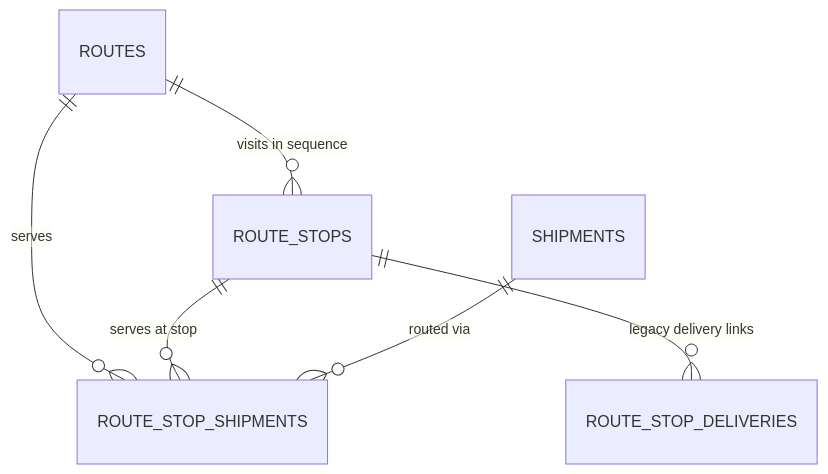
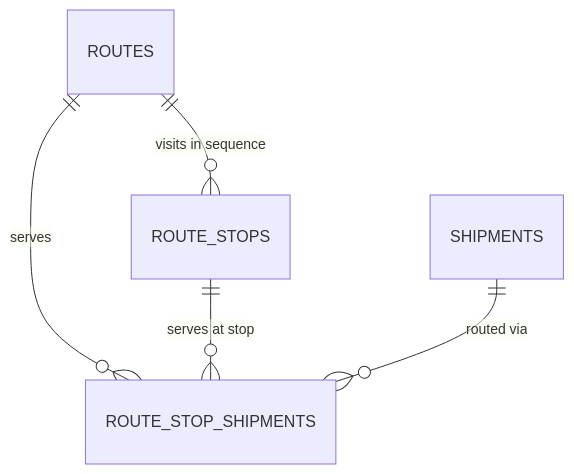
The diagram in docs/modules/shipment-route/route-prd-trd-v1.md (dash-electric/logistic-knowledge-vault), drawn with Mermaid before and after one commit. The commit also changed other lines of this file and 3 other files, not shown here.

````diff
--- a/docs/modules/shipment-route/route-prd-trd-v1.md
+++ b/docs/modules/shipment-route/route-prd-trd-v1.md
@@ -280,8 +275,7 @@
 ```mermaid
 erDiagram
     ROUTES ||--o{ ROUTE_STOPS : "visits in sequence"
     ROUTES ||--o{ ROUTE_STOP_SHIPMENTS : serves
     ROUTE_STOPS ||--o{ ROUTE_STOP_SHIPMENTS : "serves at stop"
     SHIPMENTS ||--o{ ROUTE_STOP_SHIPMENTS : "routed via"
-    ROUTE_STOPS ||--o{ ROUTE_STOP_DELIVERIES : "legacy delivery links"
 ```
````
